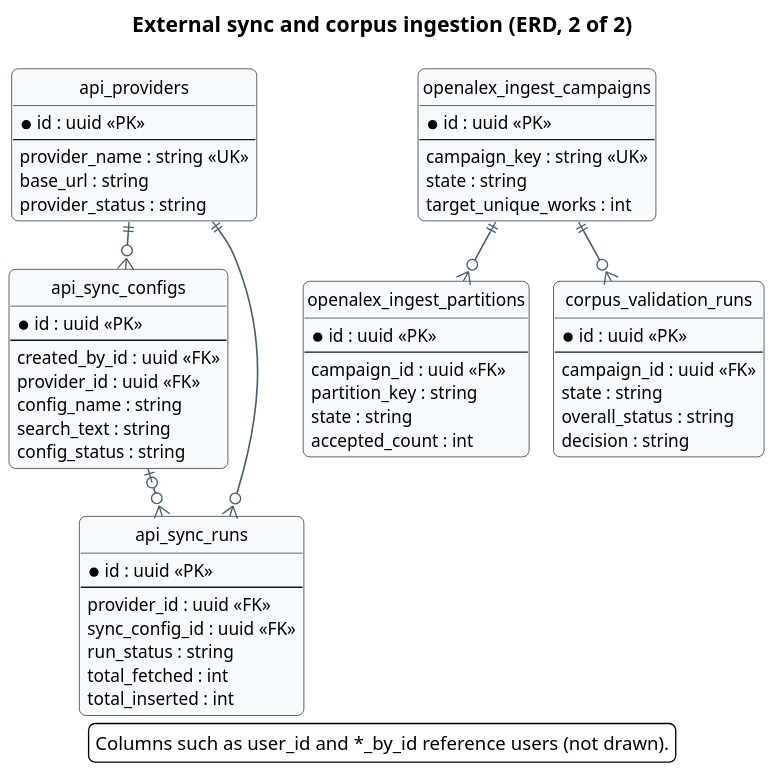
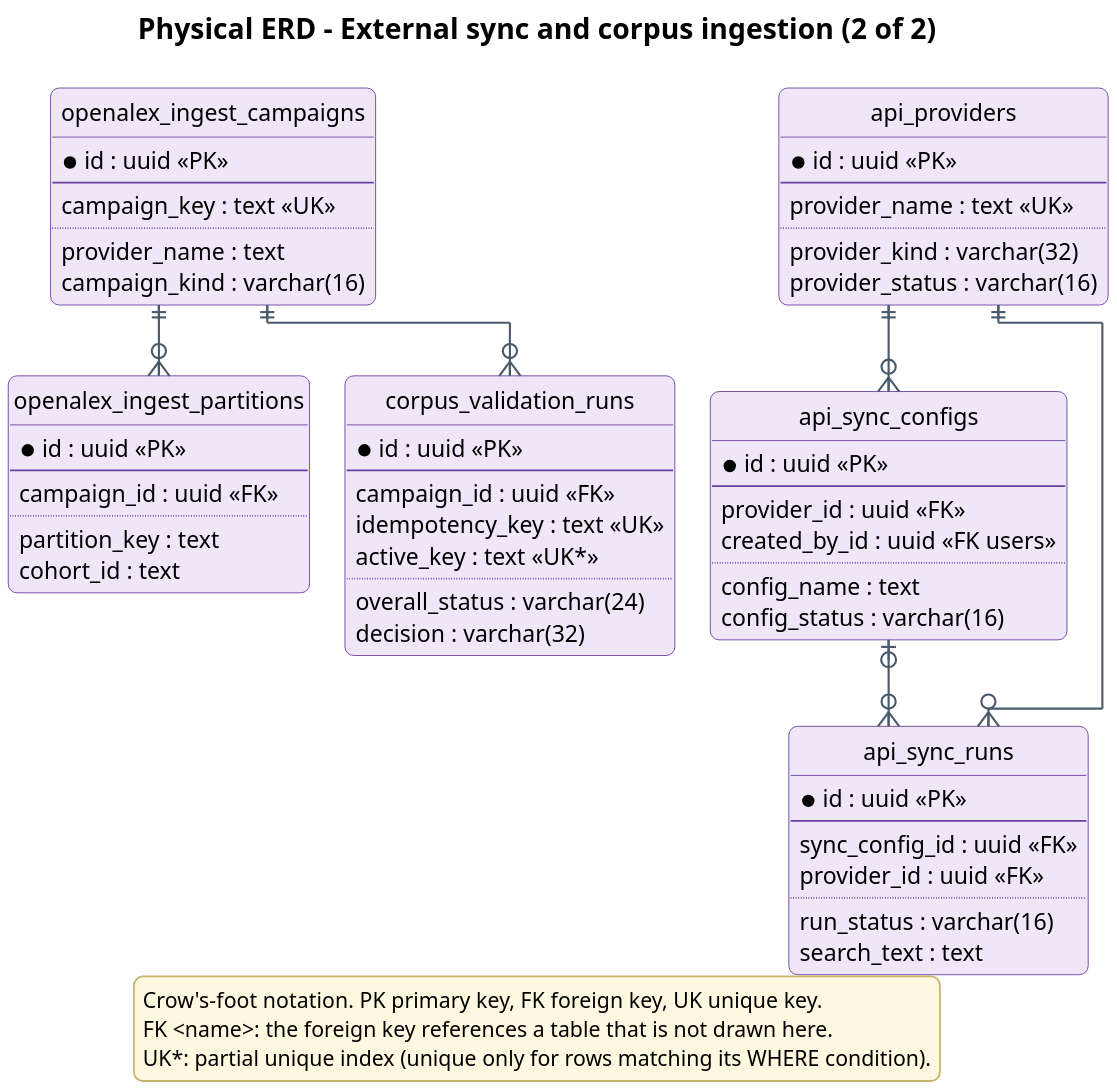
One commit to Khoa-Hoa-Technology-Solution-Company/lumi-gap changed the diagram in docs/diagrams/report4/R4_ERD_operations_b.puml. Above: the diagram before and after it, drawn with PlantUML. The commit also changed 327 other files, not shown here.

First line of the commit message:
docs: update report diagram sources to main ca8fe4d

```diff
--- a/docs/diagrams/report4/R4_ERD_operations_b.puml
+++ b/docs/diagrams/report4/R4_ERD_operations_b.puml
@@ -1,81 +1,90 @@
 @startuml
-!pragma layout smetana
-skinparam dpi 150
+!pragma layout elk
+skinparam dpi 200
 skinparam defaultFontName "Segoe UI"
 skinparam defaultFontSize 13
 skinparam shadowing false
 skinparam roundCorner 10
+skinparam backgroundColor #FFFFFF
 skinparam ArrowColor #4A5A6A
 skinparam ArrowThickness 1.2
-skinparam BorderColor #2F6DB5
-skinparam BackgroundColor #FFFFFF
+skinparam ArrowFontSize 12
+skinparam ArrowFontColor #4A5A6A
 skinparam TitleFontSize 16
 skinparam TitleFontStyle bold
 skinparam entity {
-  BackgroundColor #F7FAFD
-  BorderColor #2F6DB5
+  BackgroundColor #EFE6F8
+  BorderColor #6A3FA0
 }
-skinparam entity<<ref>> {
-  BackgroundColor #F3E5F5
-  BorderColor #7B1FA2
+skinparam legend {
+  BackgroundColor #FFF8E1
+  BorderColor #C9B36B
+  FontSize 12
 }
-skinparam linetype ortho
+skinparam stereotypeFontSize 10
 hide circle
-title External sync and corpus ingestion (ERD, 2 of 2)
-entity api_providers #F7FAFD {
+hide empty methods
+title Physical ERD - External sync and corpus ingestion (2 of 2)
+entity api_providers #EFE6F8;line:6A3FA0 {
   * id : uuid <<PK>>
   --
-  provider_name : string <<UK>>
-  base_url : string
-  provider_status : string
+  provider_name : text <<UK>>
+  ..
+  provider_kind : varchar(32)
+  provider_status : varchar(16)
 }
-entity api_sync_configs #F7FAFD {
-  * id : uuid <<PK>>
-  --
-  created_by_id : uuid <<FK>>
-  provider_id : uuid <<FK>>
-  config_name : string
-  search_text : string
-  config_status : string
-}
-entity api_sync_runs #F7FAFD {
+entity api_sync_configs #EFE6F8;line:6A3FA0 {
   * id : uuid <<PK>>
   --
   provider_id : uuid <<FK>>
-  sync_config_id : uuid <<FK>>
-  run_status : string
-  total_fetched : int
-  total_inserted : int
+  created_by_id : uuid <<FK users>>
+  ..
+  config_name : text
+  config_status : varchar(16)
 }
-entity openalex_ingest_campaigns #F7FAFD {
+entity api_sync_runs #EFE6F8;line:6A3FA0 {
   * id : uuid <<PK>>
   --
-  campaign_key : string <<UK>>
-  state : string
-  target_unique_works : int
+  sync_config_id : uuid <<FK>>
+  provider_id : uuid <<FK>>
+  ..
+  run_status : varchar(16)
+  search_text : text
 }
-entity openalex_ingest_partitions #F7FAFD {
+entity openalex_ingest_campaigns #EFE6F8;line:6A3FA0 {
+  * id : uuid <<PK>>
+  --
+  campaign_key : text <<UK>>
+  ..
+  provider_name : text
+  campaign_kind : varchar(16)
+}
+entity openalex_ingest_partitions #EFE6F8;line:6A3FA0 {
   * id : uuid <<PK>>
   --
   campaign_id : uuid <<FK>>
-  partition_key : string
-  state : string
-  accepted_count : int
+  ..
+  partition_key : text
+  cohort_id : text
 }
-entity corpus_validation_runs #F7FAFD {
+entity corpus_validation_runs #EFE6F8;line:6A3FA0 {
   * id : uuid <<PK>>
   --
   campaign_id : uuid <<FK>>
-  state : string
-  overall_status : string
-  decision : string
+  idempotency_key : text <<UK>>
+  active_key : text <<UK*>>
+  ..
+  overall_status : varchar(24)
+  decision : varchar(32)
 }
 api_providers ||--o{ api_sync_configs
 api_providers ||--o{ api_sync_runs
 api_sync_configs |o--o{ api_sync_runs
 openalex_ingest_campaigns ||--o{ corpus_validation_runs
 openalex_ingest_campaigns ||--o{ openalex_ingest_partitions
 legend bottom
-Columns such as user_id and *_by_id reference users (not drawn).
+Crow's-foot notation. PK primary key, FK foreign key, UK unique key.
+FK <name>: the foreign key references a table that is not drawn here.
+UK*: partial unique index (unique only for rows matching its WHERE condition).
 endlegend
 @enduml
```
